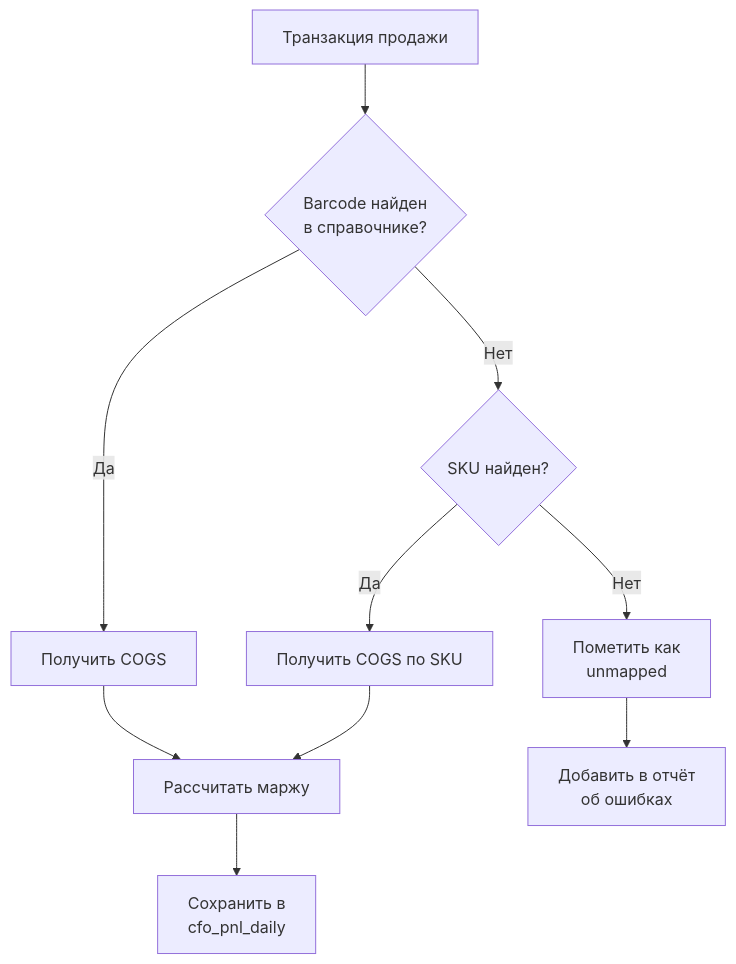
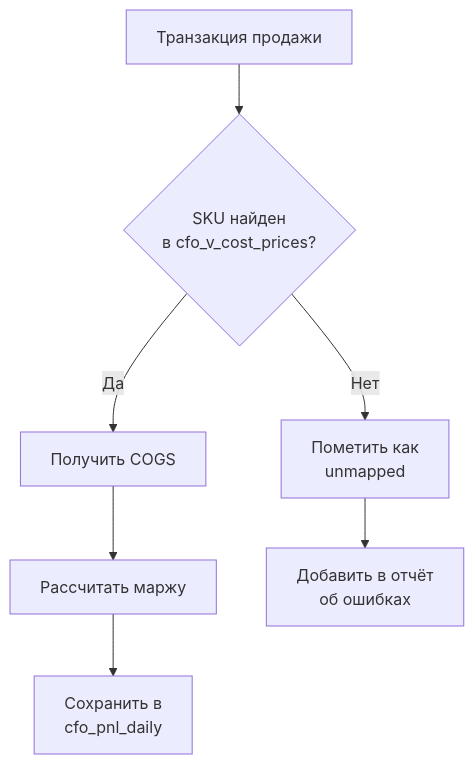
One commit to Sign25/Docs changed the sixth of 7 diagrams in cfo/adolf_cfo_1_architecture.md. Above: the diagram before and after it, drawn with Mermaid. The commit also changed other lines of this file, not shown here.

Commit message:
CFO Раздел 1: Architecture v2.0 — brain_* VIEW, удаление файлового обмена 1С

````diff
--- a/cfo/adolf_cfo_1_architecture.md
+++ b/cfo/adolf_cfo_1_architecture.md
@@ -513,14 +518,11 @@
 ```mermaid
 flowchart TD
-    A["Транзакция продажи"] --> B{"Barcode найден<br/>в справочнике?"}
+    A["Транзакция продажи"] --> B{"SKU найден<br/>в cfo_v_cost_prices?"}
     B -->|Да| C["Получить COGS"]
-    B -->|Нет| D{"SKU найден?"}
-    D -->|Да| E["Получить COGS по SKU"]
-    D -->|Нет| F["Пометить как<br/>unmapped"]
+    B -->|Нет| F["Пометить как<br/>unmapped"]
     
     C --> G["Рассчитать маржу"]
-    E --> G
     F --> H["Добавить в отчёт<br/>об ошибках"]
     
     G --> I["Сохранить в<br/>cfo_pnl_daily"]
 ```
````
